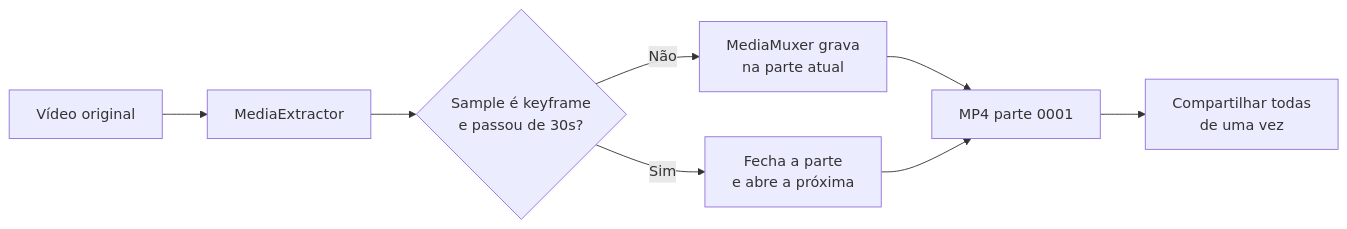
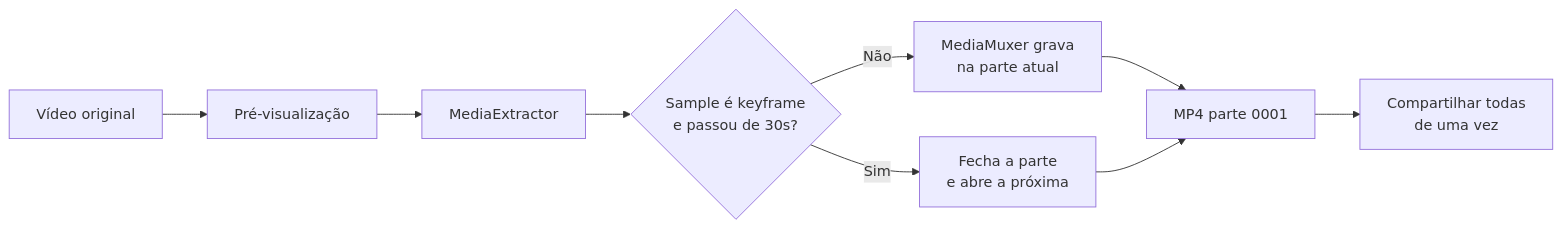
The diagram in README.md (clebersys/divide30s), drawn with Mermaid before and after one commit. The commit also changed other lines of this file and 6 other files, not shown here.

First line of the commit message:
feat: tela de pré-visualização do vídeo antes da divisão (v1.2.0)

````diff
--- a/README.md
+++ b/README.md
@@ -29,10 +29,11 @@
 ```mermaid
 flowchart LR
-    A[Vídeo original] --> B[MediaExtractor]
-    B --> C{Sample é keyframe<br/>e passou de 30s?}
-    C -- Não --> D[MediaMuxer grava<br/>na parte atual]
-    C -- Sim --> E[Fecha a parte<br/>e abre a próxima]
-    D --> F[MP4 parte 0001]
-    E --> F
-    F --> G[Compartilhar todas<br/>de uma vez]
+    A[Vídeo original] --> B[Pré-visualização]
+    B --> C[MediaExtractor]
+    C --> D{Sample é keyframe<br/>e passou de 30s?}
+    D -- Não --> E[MediaMuxer grava<br/>na parte atual]
+    D -- Sim --> F[Fecha a parte<br/>e abre a próxima]
+    E --> G[MP4 parte 0001]
+    F --> G
+    G --> H[Compartilhar todas<br/>de uma vez]
 ```
````
